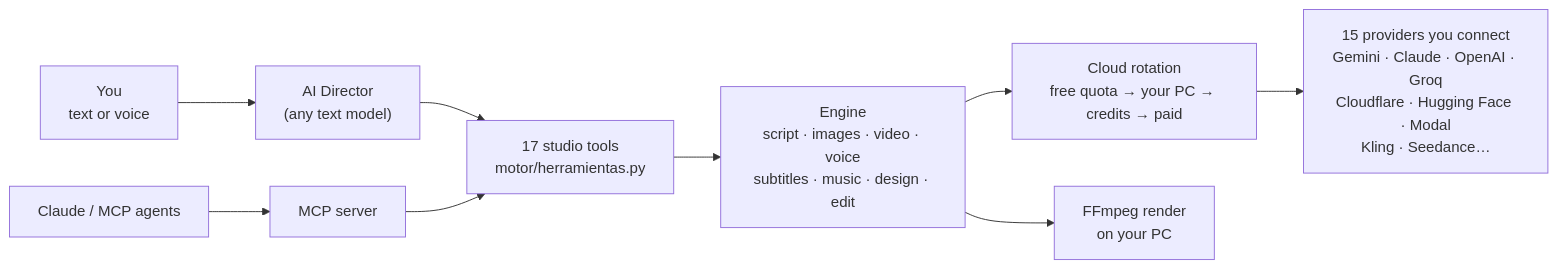
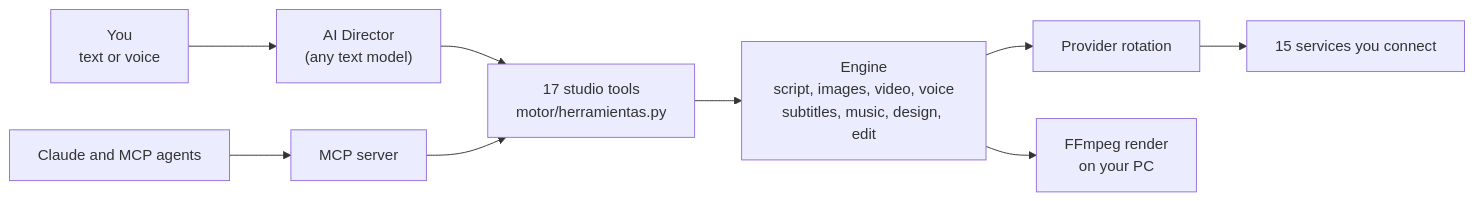
One commit to santo29/rafaga-studio changed the diagram in README.md. Above: the diagram before and after it, drawn with Mermaid. The commit also changed other lines of this file and 2 other files, not shown here.

````diff
--- a/README.md
+++ b/README.md
@@ -309,11 +211,11 @@
 ```mermaid
 flowchart LR
     U["You<br/>text or voice"] --> D["AI Director<br/>(any text model)"]
-    C["Claude / MCP agents"] --> M["MCP server"]
+    C["Claude and MCP agents"] --> M["MCP server"]
     D --> T["17 studio tools<br/>motor/herramientas.py"]
     M --> T
-    T --> E["Engine<br/>script · images · video · voice<br/>subtitles · music · design · edit"]
-    E --> R["Cloud rotation<br/>free quota → your PC → credits → paid"]
-    R --> P["15 providers you connect<br/>Gemini · Claude · OpenAI · Groq<br/>Cloudflare · Hugging Face · Modal<br/>Kling · Seedance…"]
+    T --> E["Engine<br/>script, images, video, voice<br/>subtitles, music, design, edit"]
+    E --> R["Provider rotation"]
+    R --> P["15 services you connect"]
     E --> F["FFmpeg render<br/>on your PC"]
 ```
````
